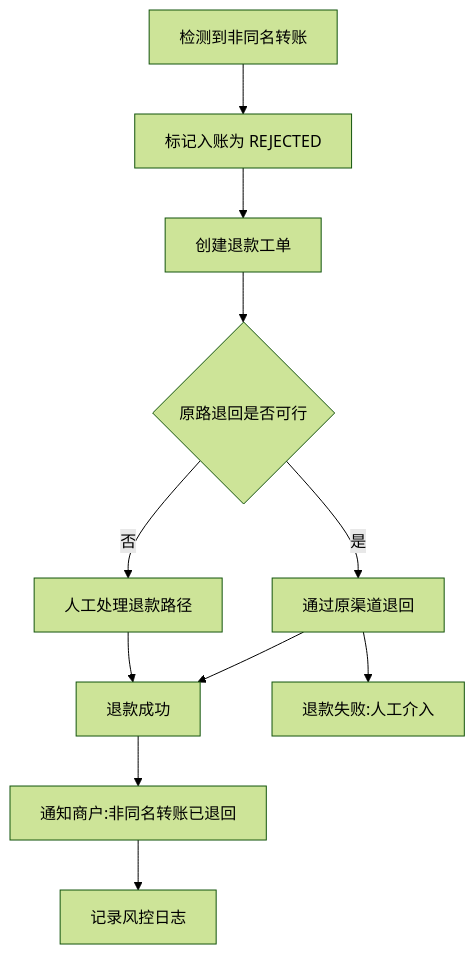
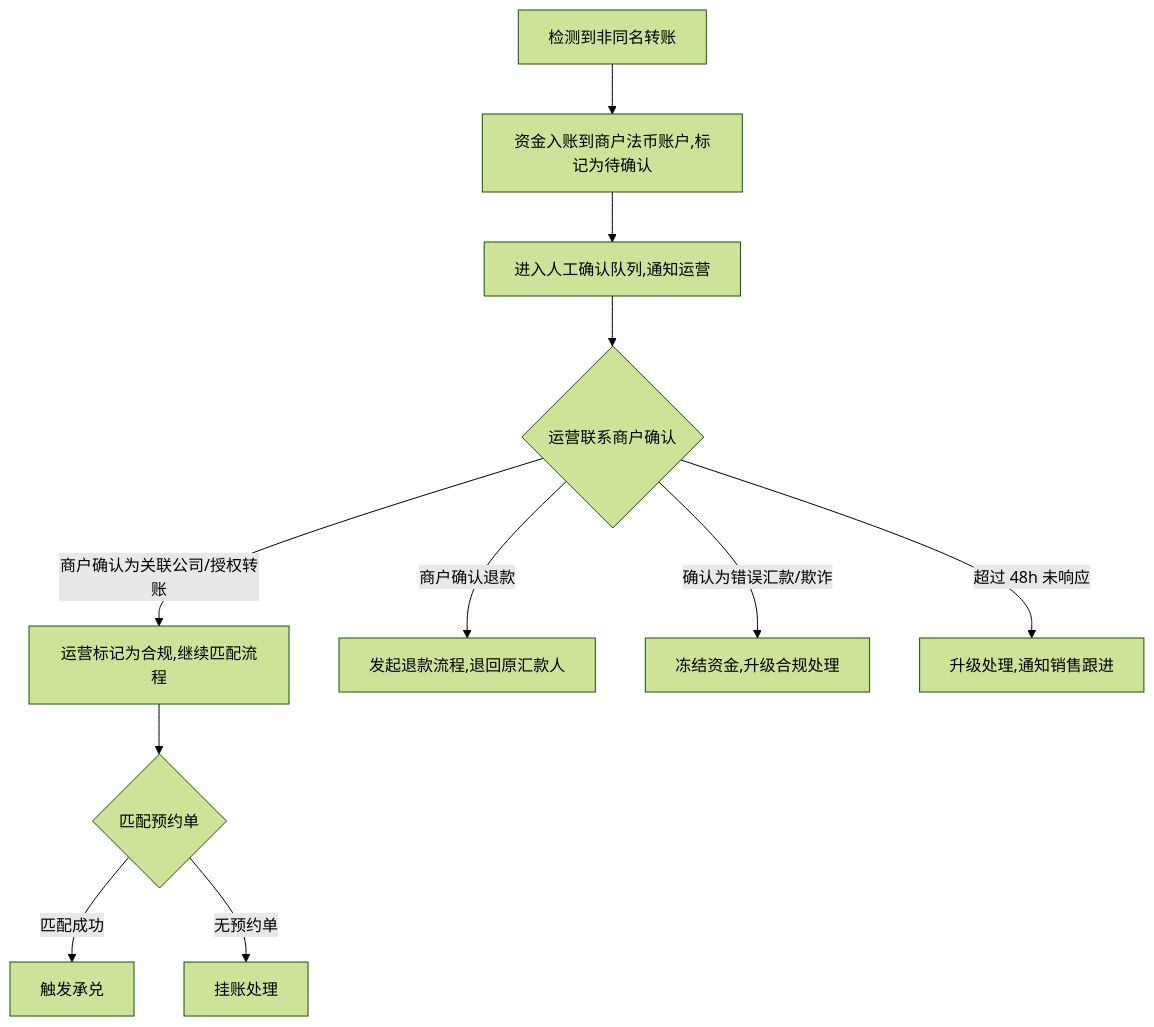
Diagram 13 of 19 in onofframp/prd/onramp-complete.md (xiaoxiaoangie/EX-NEW), drawn with Mermaid (forest theme) before and after one commit. The commit also changed other lines of this file and 8 other files, not shown here.

````diff
--- a/onofframp/prd/onramp-complete.md
+++ b/onofframp/prd/onramp-complete.md
@@ -1240,13 +1275,13 @@
 ```mermaid
 flowchart TD
-    A[检测到非同名转账] --> B[标记入账为 REJECTED]
-    B --> C[创建退款工单]
-    C --> D{原路退回是否可行}
-    D -->|是| E[通过原渠道退回]
-    D -->|否| F[人工处理退款路径]
-    E --> G[退款成功]
-    E --> H[退款失败:人工介入]
-    F --> G
-    G --> I[通知商户:非同名转账已退回]
-    I --> J[记录风控日志]
+    A[检测到非同名转账] --> B[资金入账到商户法币账户,标记为待确认]
+    B --> C[进入人工确认队列,通知运营]
+    C --> D{运营联系商户确认}
+    D -->|商户确认为关联公司/授权转账| E[运营标记为合规,继续匹配流程]
+    E --> F{匹配预约单}
+    F -->|匹配成功| G[触发承兑]
+    F -->|无预约单| H[挂账处理]
+    D -->|商户确认退款| I[发起退款流程,退回原汇款人]
+    D -->|确认为错误汇款/欺诈| J[冻结资金,升级合规处理]
+    D -->|超过 48h 未响应| K[升级处理,通知销售跟进]
 ```
````
